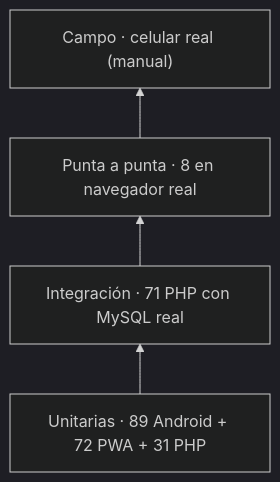
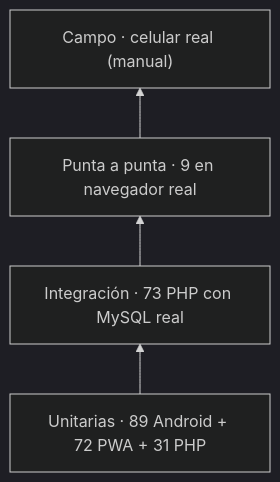
One commit to Manuel151025/proyecto_offline changed the diagram in docs/PRUEBAS.md. Above: the diagram before and after it, drawn with Mermaid (dark theme). The commit also changed other lines of this file and 22 other files, not shown here.

````diff
--- a/docs/PRUEBAS.md
+++ b/docs/PRUEBAS.md
@@ -50,8 +50,8 @@
 ```mermaid
 flowchart BT
     U["Unitarias · 89 Android + 72 PWA + 31 PHP"]
-    I["Integración · 71 PHP con MySQL real"]
-    E["Punta a punta · 8 en navegador real"]
+    I["Integración · 73 PHP con MySQL real"]
+    E["Punta a punta · 9 en navegador real"]
     C["Campo · celular real (manual)"]
     U --> I --> E --> C
 ```
````
